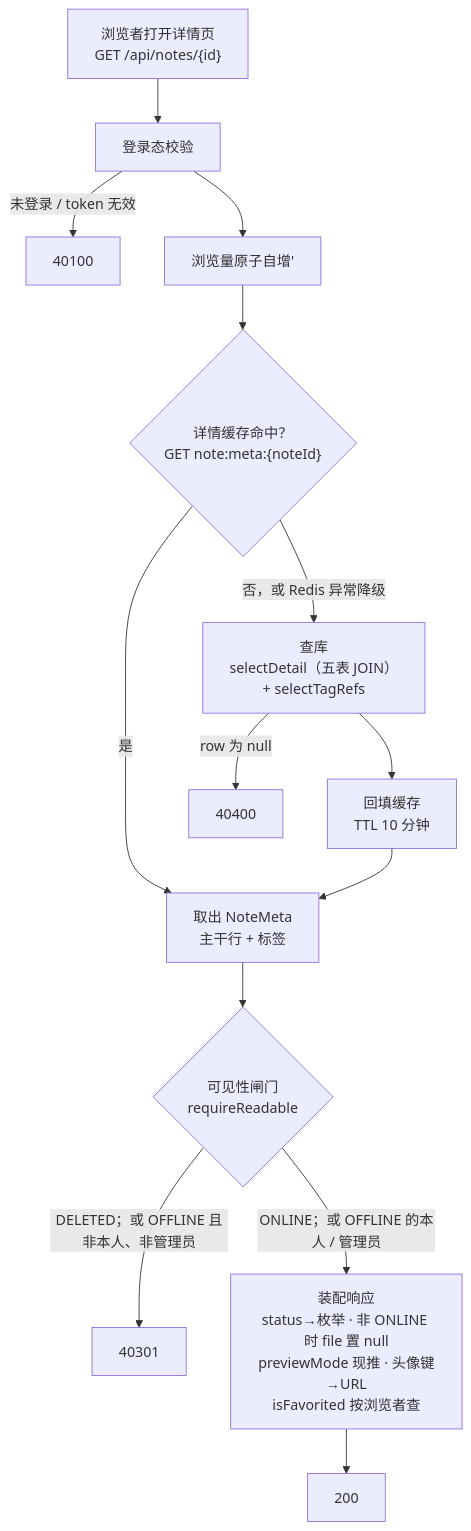
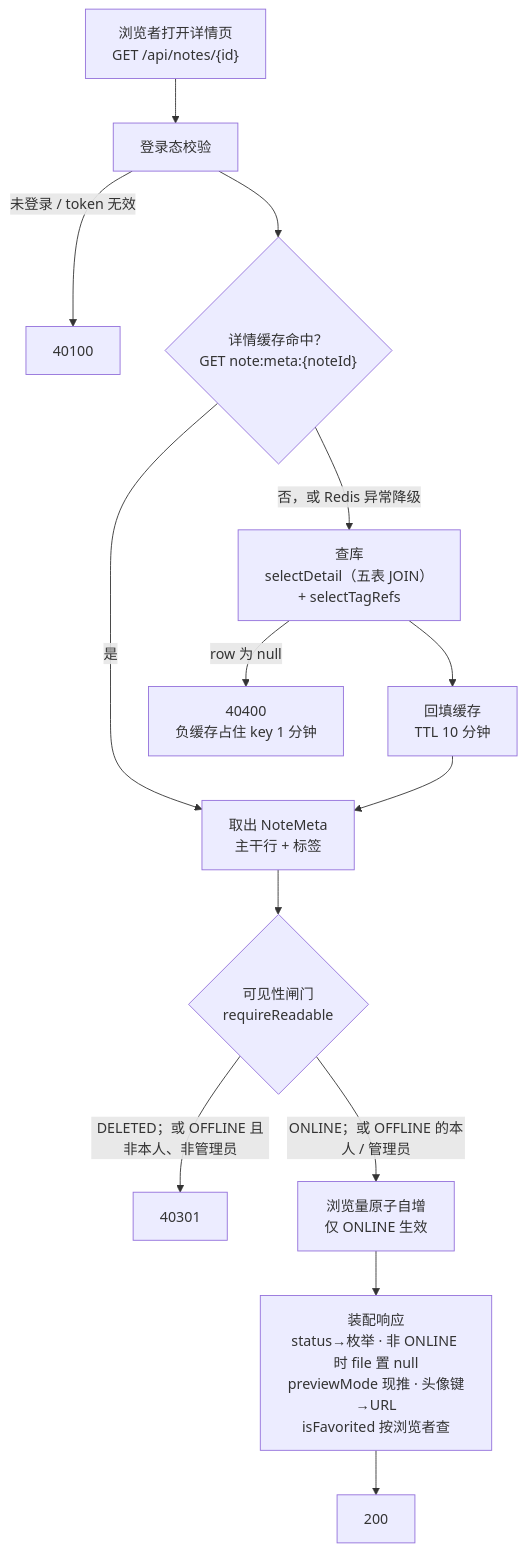
Before and after one commit to ShiwarHoufu/jotang-note: the diagram in docs/功能说明/note/笔记详情查询.md, drawn with Mermaid. The commit also changed other lines of this file and 21 other files, not shown here.

````diff
--- a/docs/功能说明/note/笔记详情查询.md
+++ b/docs/功能说明/note/笔记详情查询.md
@@ -21,16 +21,16 @@
 ```mermaid
 flowchart TD
     A["浏览者打开详情页<br/>GET /api/notes/{id}"] --> B["登录态校验"]
     B -->|未登录 / token 无效| E1["40100"]
-    B --> C["浏览量原子自增'"]
-    C --> D{"详情缓存命中？<br/>GET note:meta:{noteId}"}
+    B --> D{"详情缓存命中？<br/>GET note:meta:{noteId}"}
     D -->|是| H["取出 NoteMeta<br/>主干行 + 标签"]
     D -->|否，或 Redis 异常降级| F["查库<br/>selectDetail（五表 JOIN）<br/>+ selectTagRefs"]
-    F -->|row 为 null| E2["40400"]
+    F -->|row 为 null| E2["40400<br/>负缓存占住 key 1 分钟"]
     F --> G["回填缓存<br/>TTL 10 分钟"]
     G --> H
     H --> K{"可见性闸门<br/>requireReadable"}
     K -->|"DELETED；或 OFFLINE 且非本人、非管理员"| E3["40301"]
-    K -->|"ONLINE；或 OFFLINE 的本人 / 管理员"| I["装配响应<br/>status→枚举 · 非 ONLINE 时 file 置 null<br/>previewMode 现推 · 头像键→URL<br/>isFavorited 按浏览者查"]
+    K -->|"ONLINE；或 OFFLINE 的本人 / 管理员"| L["浏览量原子自增<br/>仅 ONLINE 生效"]
+    L --> I["装配响应<br/>status→枚举 · 非 ONLINE 时 file 置 null<br/>previewMode 现推 · 头像键→URL<br/>isFavorited 按浏览者查"]
     I --> J["200"]
 ```
````
